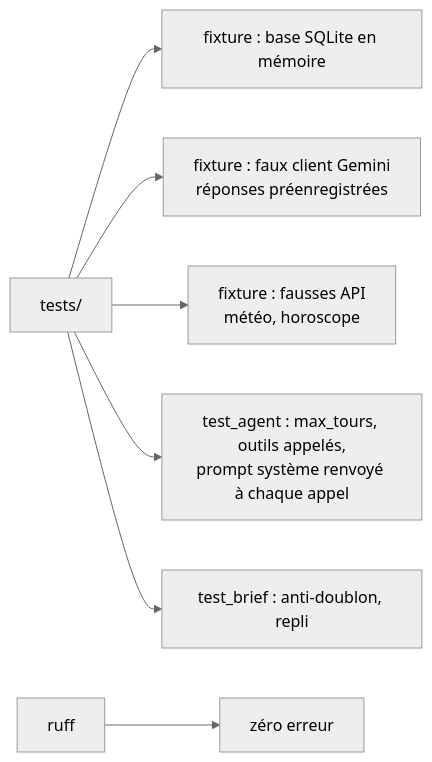
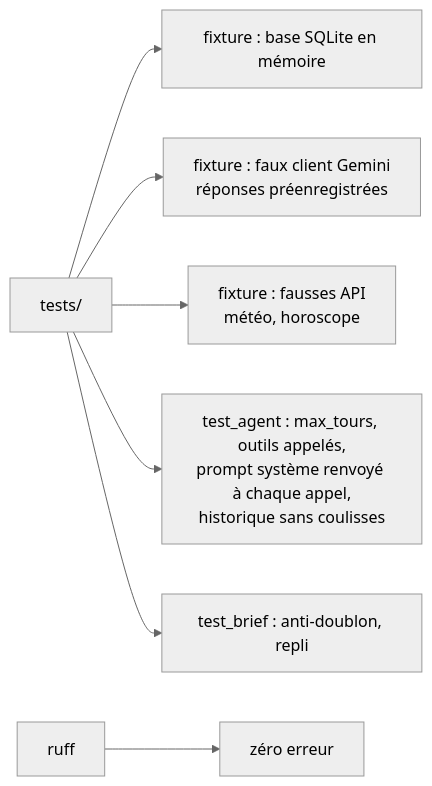
One commit to lecinquiemejour-code/goodvibe-tuto changed diagram 29 of 41 in tuto-goodvibe-vibecoding.md. Above: the diagram before and after it, drawn with Mermaid (neutral theme). The commit also changed other lines of this file and 1 other file, not shown here.

First line of the commit message:
docs(tuto): ce qu'on montre n'est pas ce qu'on retient (coulisses et relevé hors de l'historique et de la base)

````diff
--- a/tuto-goodvibe-vibecoding.md
+++ b/tuto-goodvibe-vibecoding.md
@@ -1138,9 +1147,9 @@
 ```mermaid
 flowchart LR
     T["tests/"] --> F1["fixture : base SQLite en mémoire"]
     T --> F2["fixture : faux client Gemini<br/>réponses préenregistrées"]
     T --> F3["fixture : fausses API<br/>météo, horoscope"]
-    T --> X["test_agent : max_tours, outils appelés,<br/>prompt système renvoyé à chaque appel"]
+    T --> X["test_agent : max_tours, outils appelés,<br/>prompt système renvoyé à chaque appel,<br/>historique sans coulisses"]
     T --> Y["test_brief : anti-doublon, repli"]
     R["ruff"] --> OK["zéro erreur"]
 ```
````
